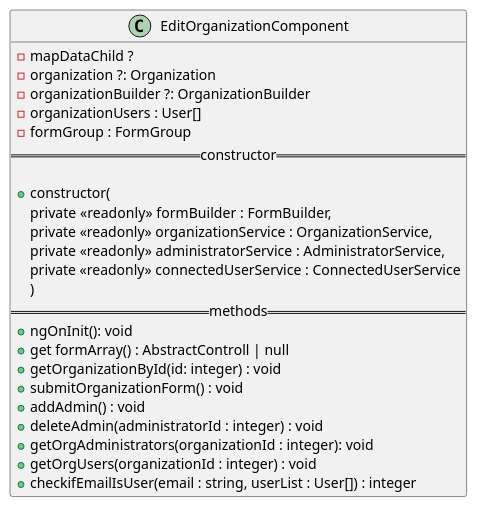
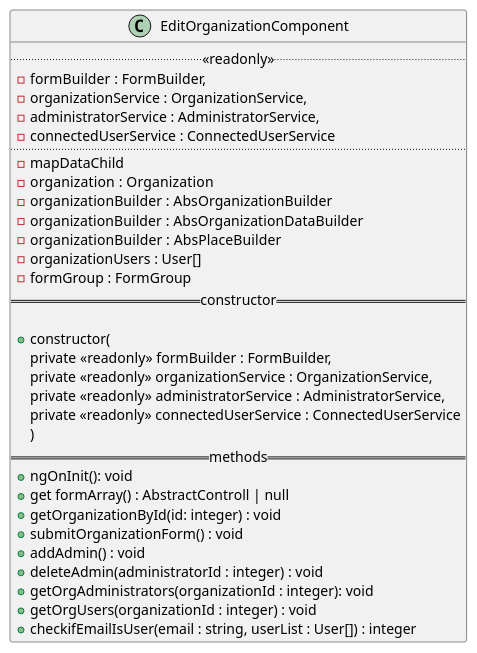
Before and after one commit to GruppOne/stalker-web-app: the diagram in docs/diagrams/view/routes/editorganizationcomponent.pu, drawn with PlantUML. The commit also changed 26 other files, not shown here.

Commit message:
docs: fix class diagrams and add design-pattern diagrams

```diff
--- a/docs/diagrams/view/routes/editorganizationcomponent.pu
+++ b/docs/diagrams/view/routes/editorganizationcomponent.pu
@@ -1,27 +1,35 @@
 @startuml EditOrganizationComponent diagram
 class EditOrganizationComponent {
-  - mapDataChild ?
-  - organization ?: Organization
-  - organizationBuilder ?: OrganizationBuilder
+  ..<<readonly>>..
+  - formBuilder : FormBuilder,
+  - organizationService : OrganizationService,
+  - administratorService : AdministratorService,
+  - connectedUserService : ConnectedUserService
+  ....
+  - mapDataChild
+  - organization  : Organization
+  - organizationBuilder  : AbsOrganizationBuilder
+  - organizationBuilder  : AbsOrganizationDataBuilder
+  - organizationBuilder  : AbsPlaceBuilder
   - organizationUsers : User[]
   - formGroup : FormGroup
   == constructor ==
 
   + constructor(
     private <<readonly>> formBuilder : FormBuilder,
     private <<readonly>> organizationService : OrganizationService,
     private <<readonly>> administratorService : AdministratorService,
     private <<readonly>> connectedUserService : ConnectedUserService
     )
   == methods ==
   + ngOnInit(): void
   + get formArray() : AbstractControll | null
   + getOrganizationById(id: integer) : void
   + submitOrganizationForm() : void
   + addAdmin() : void
   + deleteAdmin(administratorId : integer) : void
   + getOrgAdministrators(organizationId : integer): void
   + getOrgUsers(organizationId : integer) : void
   + checkifEmailIsUser(email : string, userList : User[]) : integer
 }
 @enduml
```
